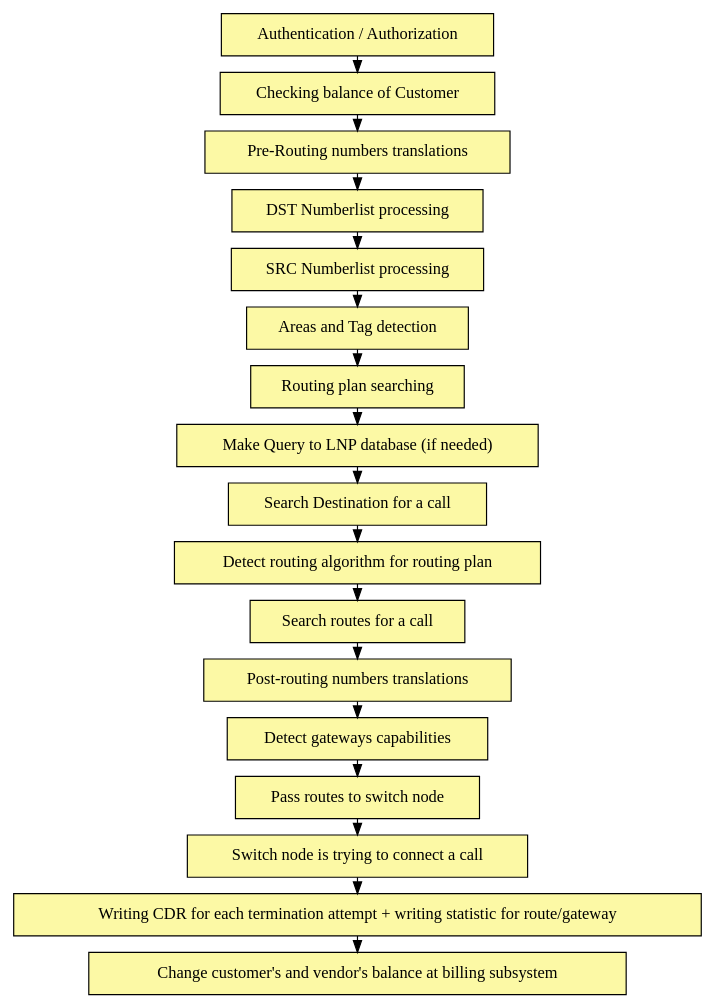
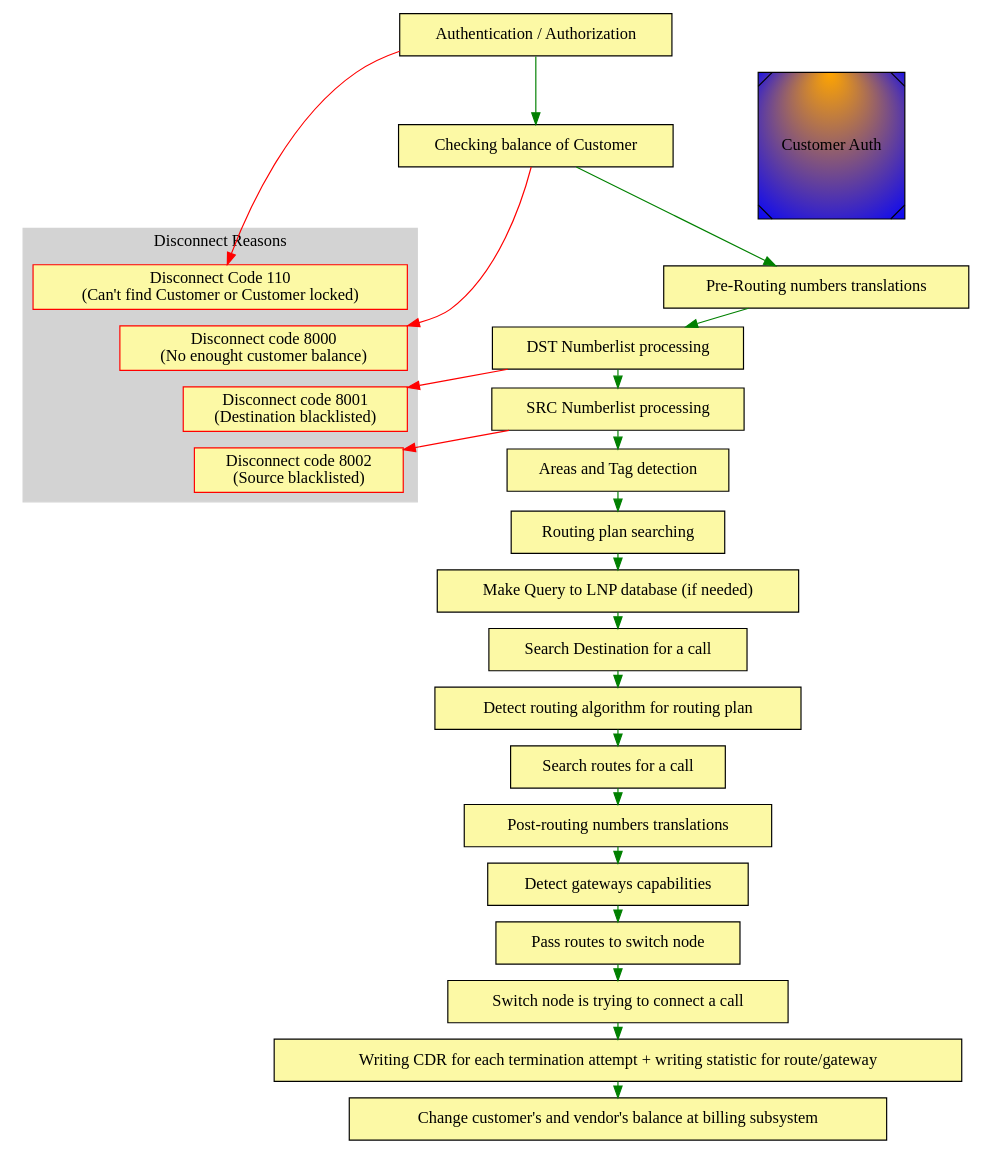
The diagram in docs/en/graphviz/general.dot (yeti-switch/doc), drawn with Graphviz before and after one commit. The commit also changed 1 other file, not shown here.

```diff
--- a/docs/en/graphviz/general.dot
+++ b/docs/en/graphviz/general.dot
@@ -1,42 +1,70 @@
 digraph General {
 
     node [style=filled; fillcolor="#FCF9A5"];
     graph [nodesep=1, ranksep=0.2, mindist=0.5];
+
+    subgraph cluster_DC {
+        style=filled;
+        color=lightgrey;
+        node [style=filled,color=red];
+
+        reason1 [label = "Disconnect Code 110 \n (Can't find Customer or Customer locked)"; shape=box; sides=4 ];
+        reason2 [label = "Disconnect code 8000 \n (No enought customer balance)"; shape=box; sides=4 ];
+        reason3 [label = "Disconnect code 8001 \n(Destination blacklisted)"; shape=box; sides=4 ];
+        reason4 [label = "Disconnect code 8002 \n(Source blacklisted)"; shape=box; sides=4 ];
+
+        reason1->reason2 [style=invis];
+        reason2->reason3 [style=invis];
+        reason3->reason4 [style=invis];
+        label = "Disconnect Reasons";
+    }
 
 
     block1 [label = "Authentication / Authorization"; shape=box; sides=4 ];
     block2 [label = "Checking balance of Customer"; shape=box; sides=4 ];
     block3 [label = "Pre-Routing numbers translations"; shape=box; sides=4 ];
     block4 [label = "DST Numberlist processing"; shape=box; sides=4 ];
     block5 [label = "SRC Numberlist processing"; shape=box; sides=4 ];
     block6 [label = "Areas and Tag detection"; shape=box; sides=4 ];
     block7 [label = "Routing plan searching"; shape=box; sides=4 ];
     block8 [label = "Make Query to LNP database (if needed)"; shape=box; sides=4 ];
     block9 [label = "Search Destination for a call"; shape=box; sides=4 ];
     block10 [label = "Detect routing algorithm for routing plan"; shape=box; sides=4 ];
     block11 [label = "Search routes for a call"; shape=box; sides=4 ];
     block12 [label = "Post-routing numbers translations"; shape=box; sides=4 ];
     block13 [label = "Detect gateways capabilities"; shape=box; sides=4 ];
     block14 [label = "Pass routes to switch node"; shape=box; sides=4 ];
     block15 [label = "Switch node is trying to connect a call"; shape=box; sides=4 ];
     block16 [label = "Writing CDR for each termination attempt + writing statistic for route/gateway"; shape=box; sides=4 ];
     block17 [label = "Change customer's and vendor's balance at billing subsystem"; shape=box; sides=4 ];
 
-    block1 -> block2;
-    block2 -> block3;
-    block3 -> block4;
-    block4 -> block5;
-    block5 -> block6;
-    block6 -> block7;
-    block7 -> block8;
-    block8 -> block9;
-    block9 -> block10;
-    block10 -> block11;
-    block11 -> block12;
-    block12 -> block13;
-    block13 -> block14;
-    block14 -> block15;
-    block15 -> block16;
-    block16 -> block17;
+    block1 -> block2 [color=green];
+    block1 -> reason1 [color=red];
+    block1 -> Customer_Auth [style=invis];
+    block2 -> block3 [color=green];
+    block2 -> reason2 [color=red];
+    block3 -> block4 [color=green];
+    block4 -> block5 [color=green];
+    block4 -> reason3 [color=red];
+    block5 -> block6 [color=green];
+    block5 -> reason4 [color=red];
+    block6 -> block7 [color=green];
+    block7 -> block8 [color=green];
+    block8 -> block9 [color=green];
+    block9 -> block10 [color=green];
+    block10 -> block11 [color=green];
+    block11 -> block12 [color=green];
+    block12 -> block13 [color=green];
+    block13 -> block14 [color=green];
+    block14 -> block15 [color=green];
+    block15 -> block16 [color=green];
+    block16 -> block17 [color=green];
+
+    Customer_Auth [
+        label = "Customer Auth",
+            shape=Msquare,
+            fillcolor="orange:blue",
+            style=radial,
+            gradientangle=90];
 
 }
```
